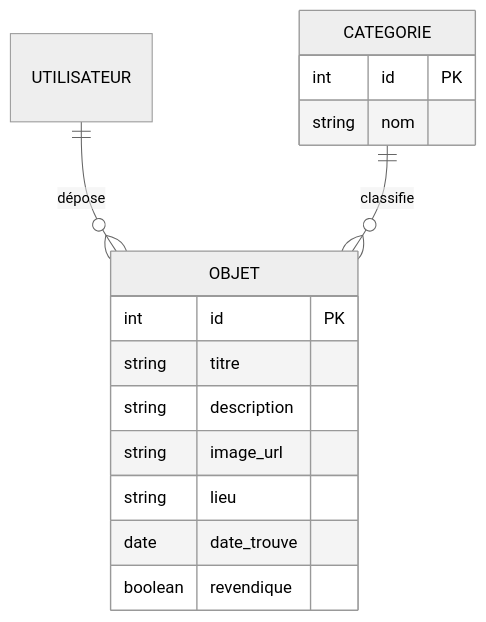
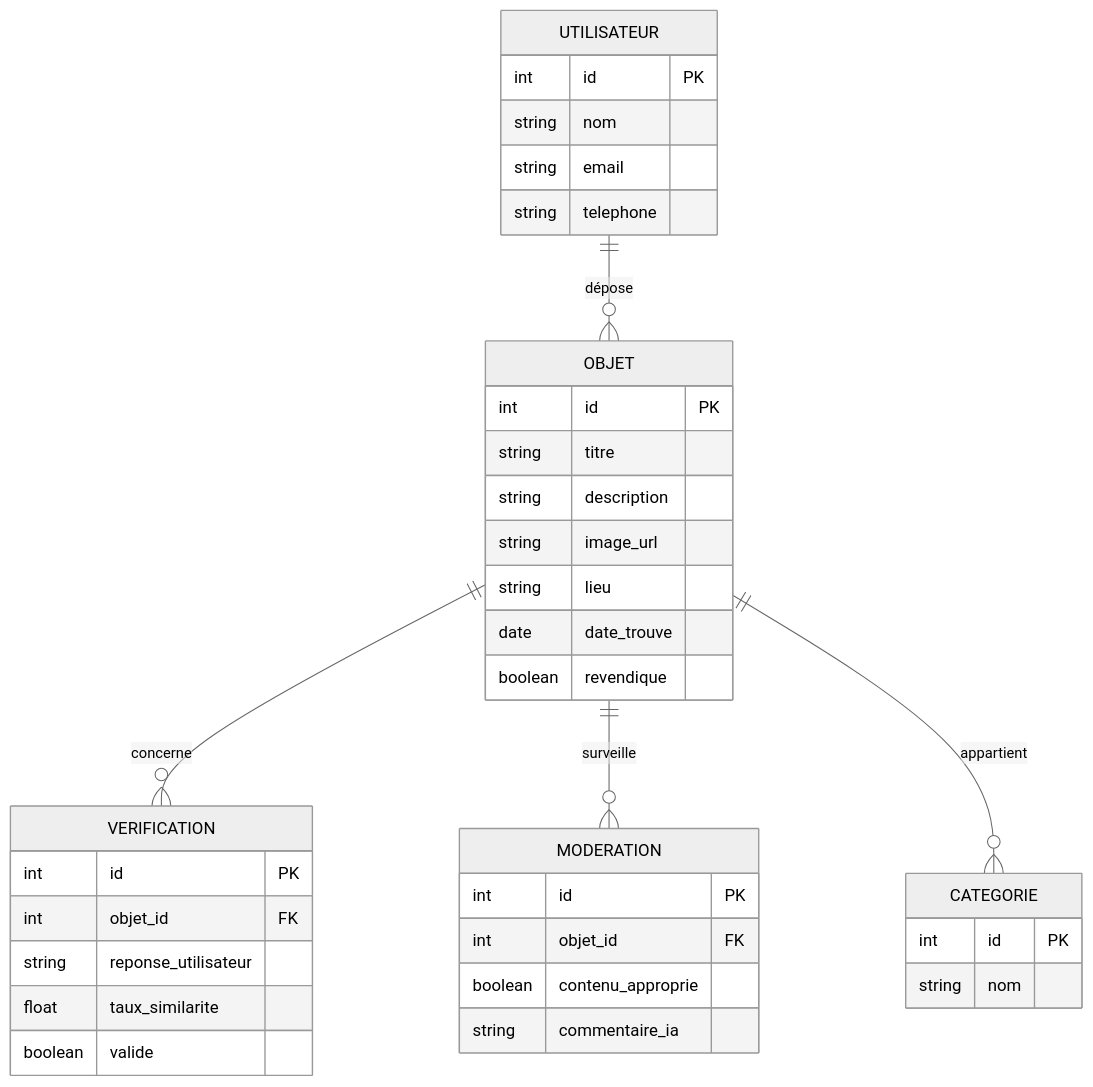
The diagram in README.md (DrcKarim/DevinciLostFound), drawn with Mermaid (neutral theme) before and after one commit.

Commit message:
Update README.md
update diagram

````diff
--- a/README.md
+++ b/README.md
@@ -28,18 +28,44 @@
 ```mermaid
 erDiagram
     UTILISATEUR ||--o{ OBJET : dépose
+    OBJET ||--o{ VERIFICATION : concerne
+    OBJET ||--o{ MODERATION : surveille
+    OBJET ||--o{ CATEGORIE : appartient
+
+    UTILISATEUR {
+        int id PK
+        string nom
+        string email
+        string telephone
+    }
+
     OBJET {
         int id PK
         string titre
         string description
         string image_url
         string lieu
         date date_trouve
         boolean revendique
     }
-    CATEGORIE ||--o{ OBJET : classifie
+
     CATEGORIE {
         int id PK
         string nom
     }
+
+    VERIFICATION {
+        int id PK
+        int objet_id FK
+        string reponse_utilisateur
+        float taux_similarite
+        boolean valide
+    }
+
+    MODERATION {
+        int id PK
+        int objet_id FK
+        boolean contenu_approprie
+        string commentaire_ia
+    }
 ```
````
